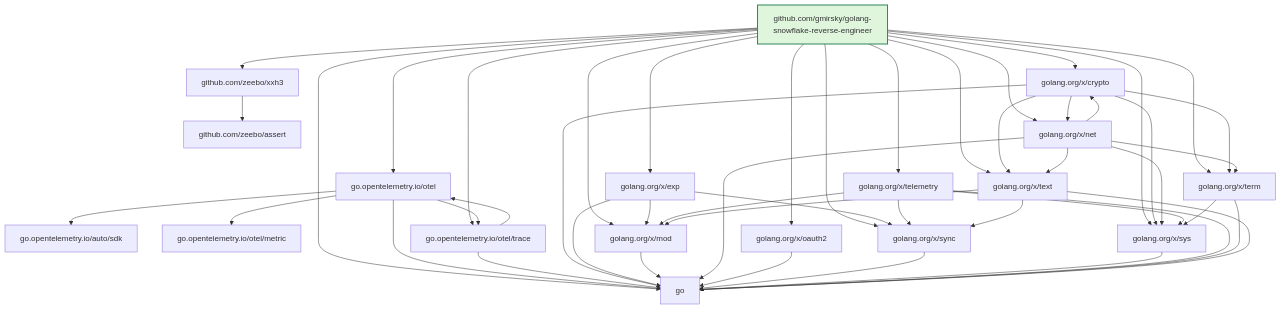
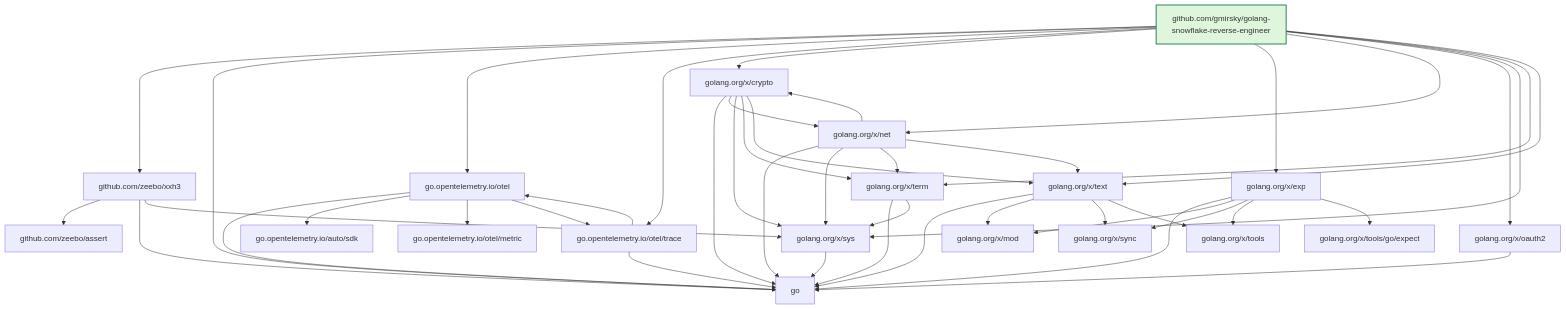
Before and after one commit to gmirsky/golang-snowflake-reverse-engineer: the seventh of 8 diagrams in README.md, drawn with Mermaid. The commit also changed other lines of this file, not shown here.

Commit message:
docs(readme): refresh generated module dependency diagram

````diff
--- a/README.md
+++ b/README.md
@@ -1173,70 +1181,67 @@
 ```mermaid
 flowchart TD
   classDef root fill:#dff6dd,stroke:#2f855a,stroke-width:2px
   N1["github.com/gmirsky/golang-snowflake-reverse-engineer"]
   class N1 root
   N2["github.com/zeebo/assert"]
   N3["github.com/zeebo/xxh3"]
   N4["go"]
   N5["go.opentelemetry.io/auto/sdk"]
   N6["go.opentelemetry.io/otel"]
   N7["go.opentelemetry.io/otel/metric"]
   N8["go.opentelemetry.io/otel/trace"]
   N9["golang.org/x/crypto"]
   N10["golang.org/x/exp"]
   N11["golang.org/x/mod"]
   N12["golang.org/x/net"]
   N13["golang.org/x/oauth2"]
   N14["golang.org/x/sync"]
   N15["golang.org/x/sys"]
-  N16["golang.org/x/telemetry"]
-  N17["golang.org/x/term"]
-  N18["golang.org/x/text"]
+  N16["golang.org/x/term"]
+  N17["golang.org/x/text"]
+  N18["golang.org/x/tools"]
+  N19["golang.org/x/tools/go/expect"]
   N1 --> N3
   N1 --> N4
   N1 --> N6
   N1 --> N8
   N1 --> N9
   N1 --> N10
-  N1 --> N11
   N1 --> N12
   N1 --> N13
-  N1 --> N14
   N1 --> N15
   N1 --> N16
   N1 --> N17
-  N1 --> N18
   N3 --> N2
+  N3 --> N4
+  N3 --> N15
   N6 --> N4
   N6 --> N5
   N6 --> N7
   N6 --> N8
   N8 --> N4
   N8 --> N6
   N9 --> N4
   N9 --> N12
   N9 --> N15
+  N9 --> N16
   N9 --> N17
-  N9 --> N18
   N10 --> N4
   N10 --> N11
   N10 --> N14
-  N11 --> N4
+  N10 --> N18
+  N10 --> N19
   N12 --> N4
   N12 --> N9
   N12 --> N15
+  N12 --> N16
   N12 --> N17
-  N12 --> N18
   N13 --> N4
-  N14 --> N4
   N15 --> N4
   N16 --> N4
-  N16 --> N11
-  N16 --> N14
   N16 --> N15
   N17 --> N4
-  N17 --> N15
-  N18 --> N4
-  N18 --> N11
-  N18 --> N14
+  N17 --> N11
+  N17 --> N14
+  N17 --> N18
 ```
````
